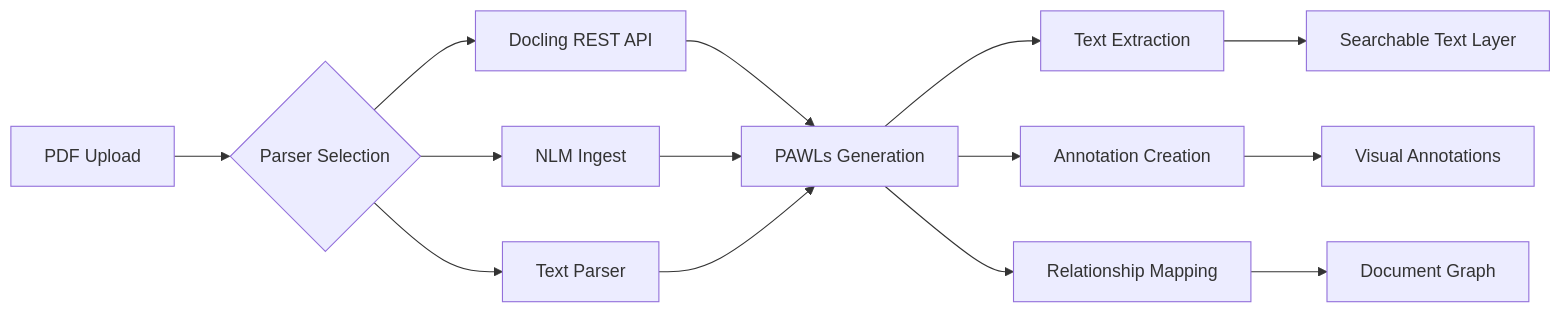
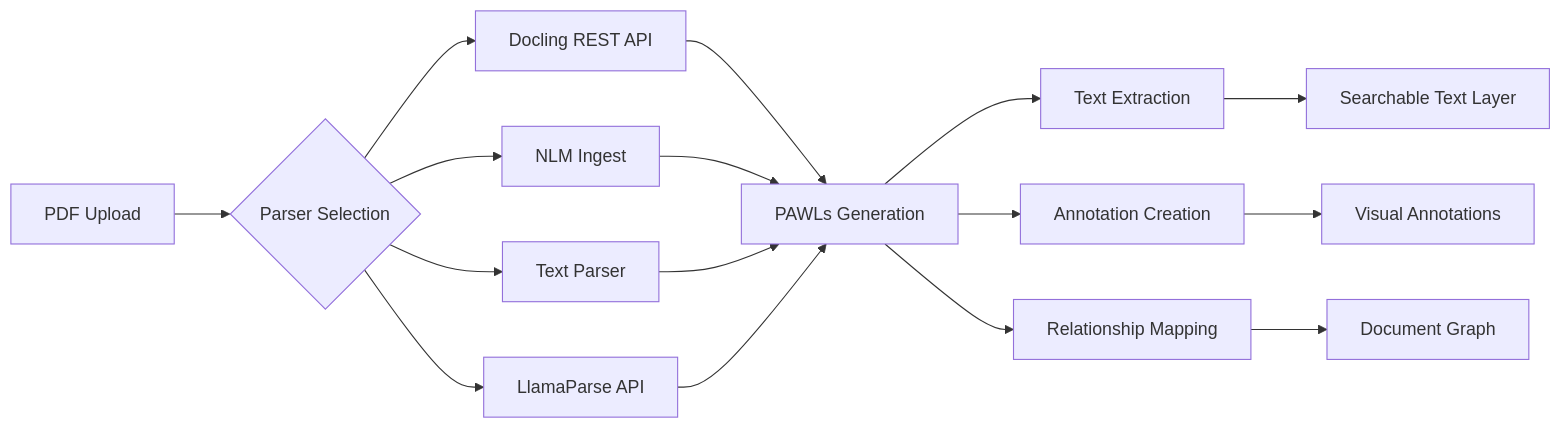
One commit to baichuanping/OpenContracts changed the diagram in docs/architecture/PDF-data-layer.md. Above: the diagram before and after it, drawn with Mermaid. The commit also changed other lines of this file and 45 other files, not shown here.

````diff
--- a/docs/architecture/PDF-data-layer.md
+++ b/docs/architecture/PDF-data-layer.md
@@ -79,19 +87,21 @@
 ```mermaid
 graph LR
     A[PDF Upload] --> B{Parser Selection}
     B --> C[Docling REST API]
     B --> D[NLM Ingest]
     B --> E[Text Parser]
+    B --> P[LlamaParse API]
 
     C --> F[PAWLs Generation]
     D --> F
     E --> F
+    P --> F
 
     F --> G[Text Extraction]
     F --> H[Annotation Creation]
     F --> I[Relationship Mapping]
 
     G --> J[Searchable Text Layer]
     H --> K[Visual Annotations]
     I --> L[Document Graph]
 ```
````
